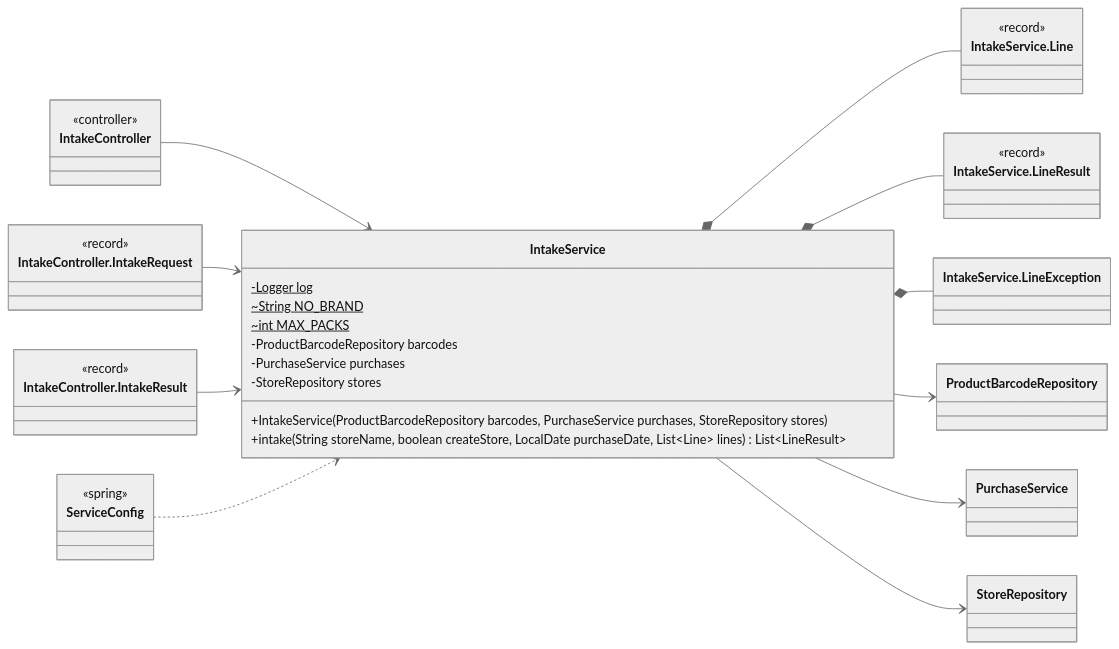
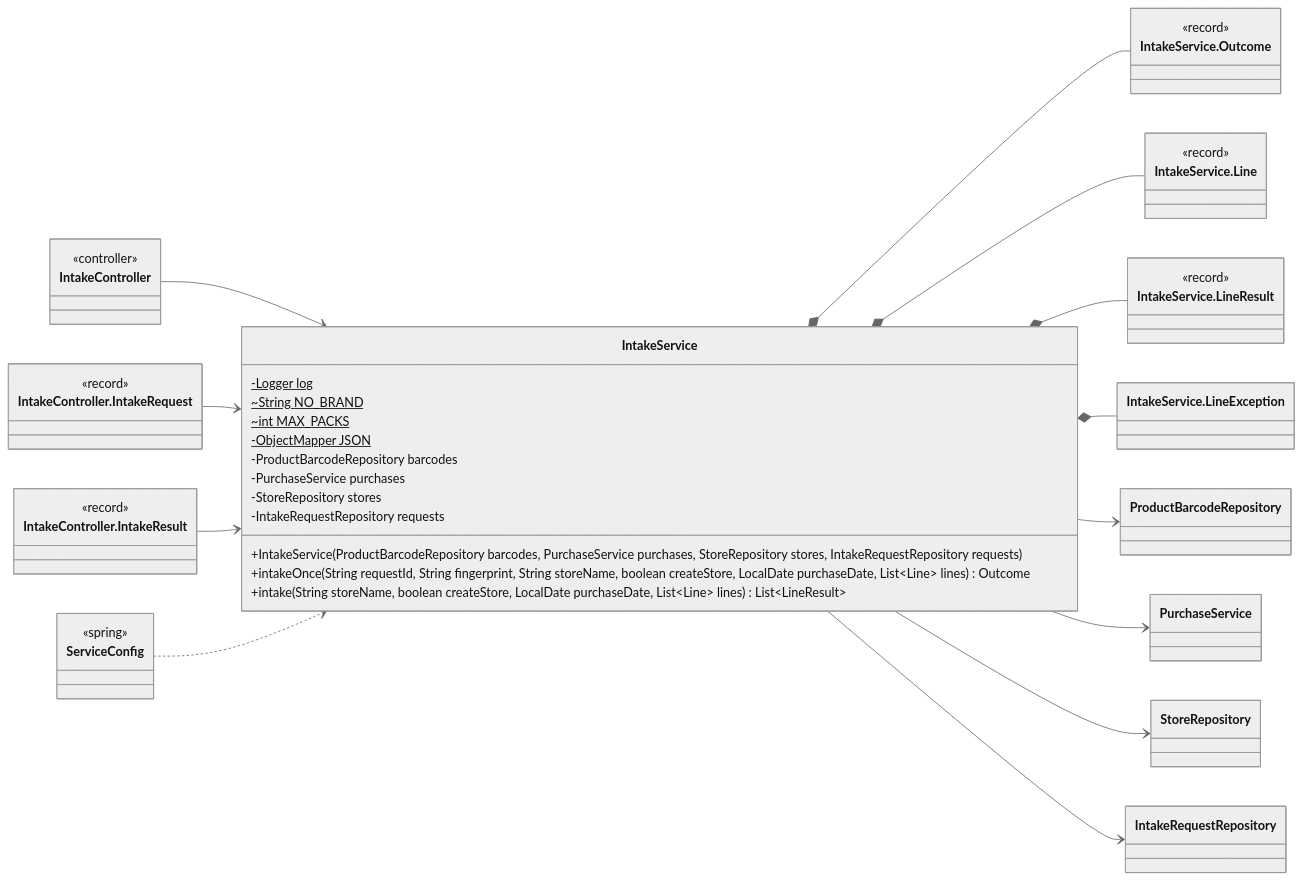
Diagram 11 of 21 in docs/classes/barcode.md (Nate-ryan-7690/dahaem), drawn with Mermaid (neutral theme) before and after one commit. The commit also changed other lines of this file and 2 other files, not shown here.

````diff
--- a/docs/classes/barcode.md
+++ b/docs/classes/barcode.md
@@ -329,46 +436,55 @@
 ```mermaid
 classDiagram
     direction LR
     class barcode_IntakeService["IntakeService"] {
         -Logger log$
         ~String NO_BRAND$
         ~int MAX_PACKS$
+        -ObjectMapper JSON$
         -ProductBarcodeRepository barcodes
         -PurchaseService purchases
         -StoreRepository stores
-        +IntakeService(ProductBarcodeRepository barcodes, PurchaseService purchases, StoreRepository stores)
+        -IntakeRequestRepository requests
+        +IntakeService(ProductBarcodeRepository barcodes, PurchaseService purchases, StoreRepository stores, IntakeRequestRepository requests)
+        +intakeOnce(String requestId, String fingerprint, String storeName, boolean createStore, LocalDate purchaseDate, List~Line~ lines) Outcome
         +intake(String storeName, boolean createStore, LocalDate purchaseDate, List~Line~ lines) List~LineResult~
+    }
+    class barcode_IntakeService_Outcome["IntakeService.Outcome"] {
+        <<record>>
     }
     class barcode_IntakeService_Line["IntakeService.Line"] {
         <<record>>
     }
     class barcode_IntakeService_LineResult["IntakeService.LineResult"] {
         <<record>>
     }
     class barcode_IntakeService_LineException["IntakeService.LineException"]
     class barcode_ProductBarcodeRepository["ProductBarcodeRepository"]
     class finance_PurchaseService["PurchaseService"]
     class stores_StoreRepository["StoreRepository"]
+    class barcode_IntakeRequestRepository["IntakeRequestRepository"]
     class api_IntakeController["IntakeController"] {
         <<controller>>
     }
     class api_IntakeController_IntakeRequest["IntakeController.IntakeRequest"] {
         <<record>>
     }
     class api_IntakeController_IntakeResult["IntakeController.IntakeResult"] {
         <<record>>
     }
     class api_ServiceConfig["ServiceConfig"] {
         <<spring>>
     }
+    barcode_IntakeService *-- barcode_IntakeService_Outcome
     barcode_IntakeService *-- barcode_IntakeService_Line
     barcode_IntakeService *-- barcode_IntakeService_LineResult
     barcode_IntakeService *-- barcode_IntakeService_LineException
     barcode_IntakeService --> barcode_ProductBarcodeRepository
     barcode_IntakeService --> finance_PurchaseService
     barcode_IntakeService --> stores_StoreRepository
+    barcode_IntakeService --> barcode_IntakeRequestRepository
     api_IntakeController --> barcode_IntakeService
     api_IntakeController_IntakeRequest --> barcode_IntakeService
     api_IntakeController_IntakeResult --> barcode_IntakeService
     api_ServiceConfig ..> barcode_IntakeService
 ```
````
